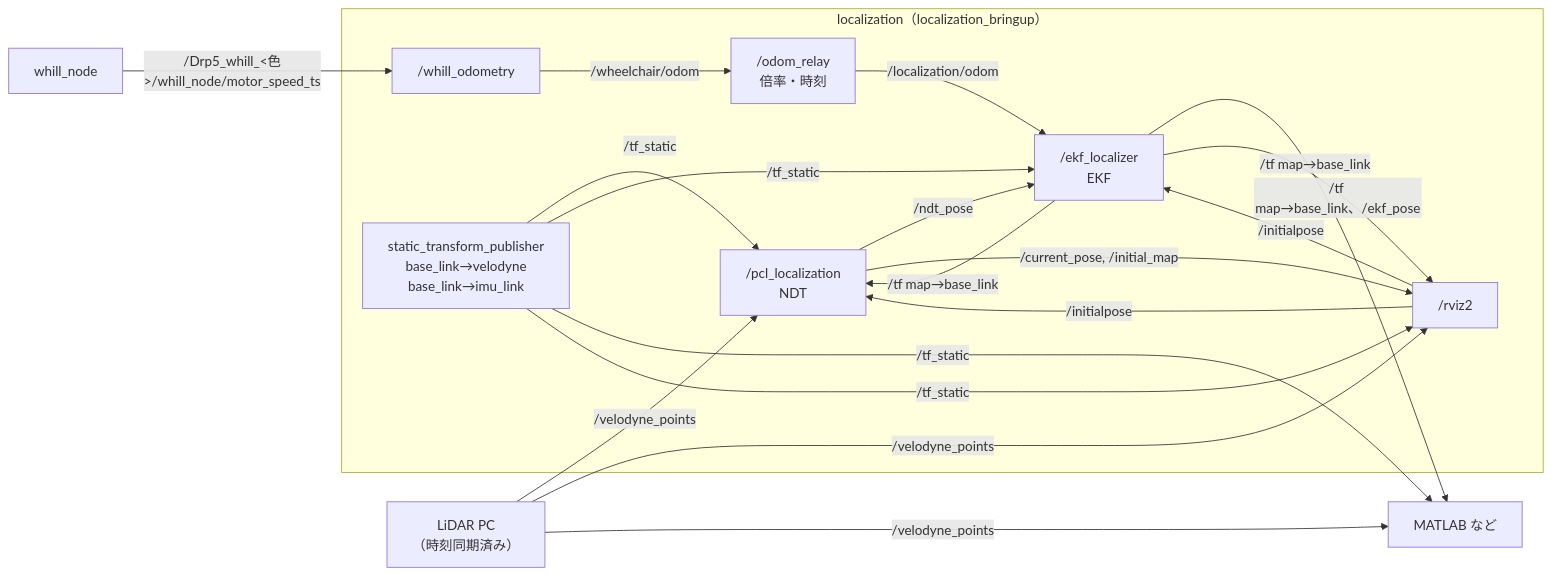
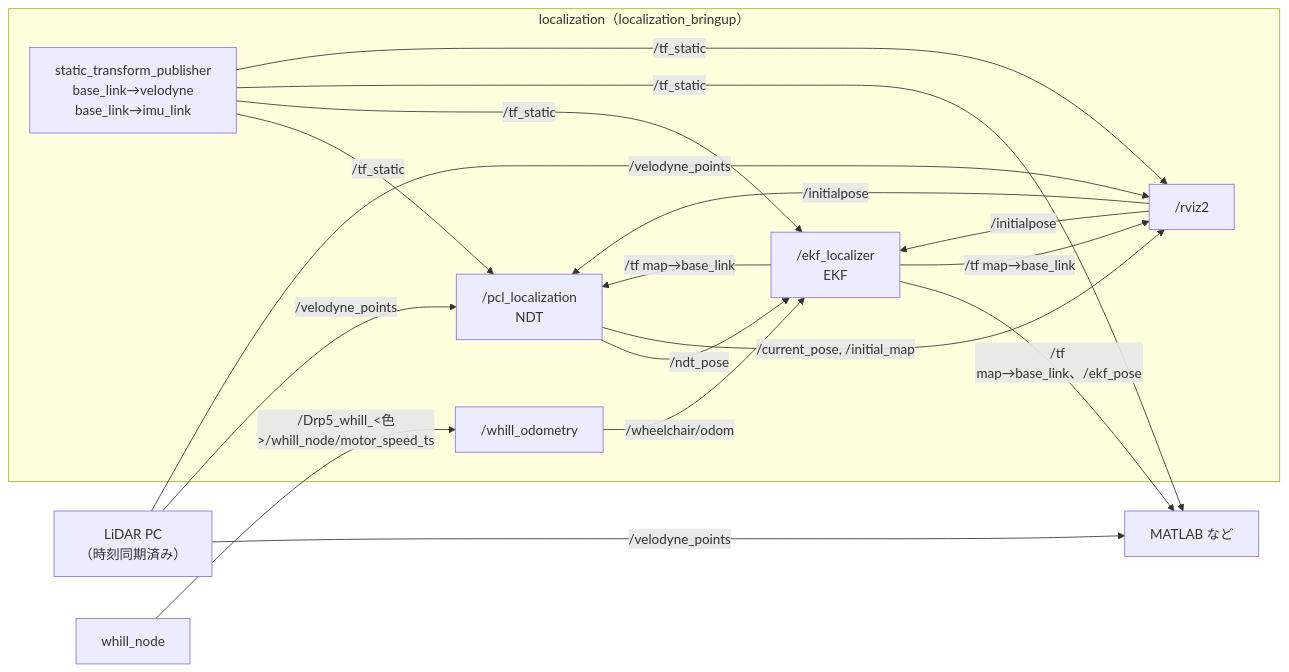
The second of 3 diagrams in docs/node_graph.md (MaeharaTakumi/localization_bringup), drawn with Mermaid before and after one commit. The commit also changed other lines of this file and 25 other files, not shown here.

Commit message:
Per-environment folders param/<env>/ (env.yaml and one yaml per node); remove odom_relay, joint_state_odometry and topic remapping in env

````diff
--- a/docs/node_graph.md
+++ b/docs/node_graph.md
@@ -63,35 +62,33 @@
 ```mermaid
 flowchart LR
   lidar["LiDAR PC<br/>（時刻同期済み）"]
   whill["whill_node"]
   subgraph LOC["localization（localization_bringup）"]
     wodom["/whill_odometry"]
     stf["static_transform_publisher<br/>base_link→velodyne<br/>base_link→imu_link"]
     ndt["/pcl_localization<br/>NDT"]
-    orelay["/odom_relay<br/>倍率・時刻"]
     ekf["/ekf_localizer<br/>EKF"]
     rviz["/rviz2"]
   end
 
   user["MATLAB など"]
 
   lidar -->|"/velodyne_points"| ndt
   whill -->|"/Drp5_whill_&lt;色&gt;/whill_node/motor_speed_ts"| wodom
-  wodom -->|"/wheelchair/odom"| orelay
-  orelay -->|"/localization/odom"| ekf
+  wodom -->|"/wheelchair/odom"| ekf
   stf -->|"/tf_static"| ndt
   stf -->|"/tf_static"| ekf
 
   ndt -->|"/ndt_pose"| ekf
   ekf -->|"/tf map→base_link"| ndt
   ekf -->|"/tf map→base_link、/ekf_pose"| user
   stf -->|"/tf_static"| user
   lidar -->|"/velodyne_points"| user
 
   lidar -->|"/velodyne_points"| rviz
   ndt -->|"/current_pose, /initial_map"| rviz
   ekf -->|"/tf map→base_link"| rviz
   stf -->|"/tf_static"| rviz
   rviz -->|"/initialpose"| ndt
   rviz -->|"/initialpose"| ekf
 ```
````
